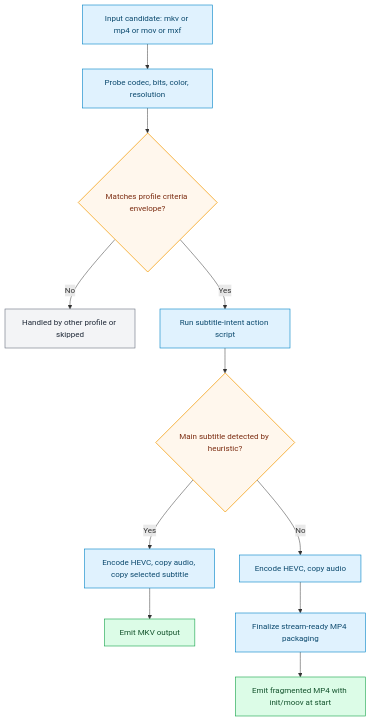
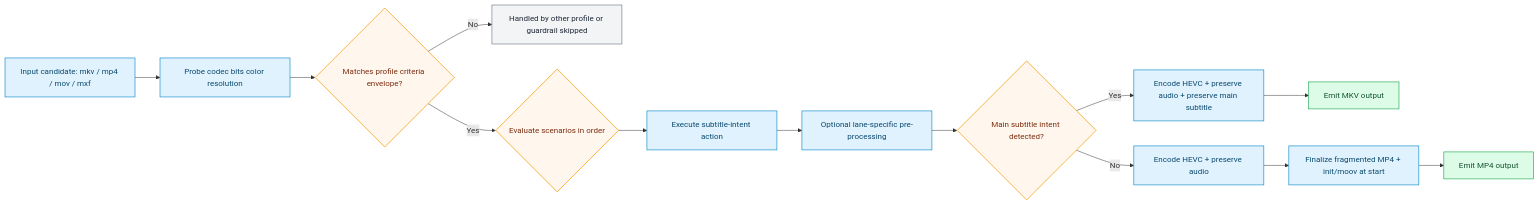
One commit to CraigWatt/vfo changed the diagram in platform/docs-site/docs/profiles/generated/netflixy-preserve-audio-main-subtitle-intent-1080p.md. Above: the diagram before and after it, drawn with Mermaid. The commit also changed 23 other files, not shown here.

Commit message:
docs(ci): improve profile flows and add packages/deployments lanes

````diff
--- a/platform/docs-site/docs/profiles/generated/netflixy-preserve-audio-main-subtitle-intent-1080p.md
+++ b/platform/docs-site/docs/profiles/generated/netflixy-preserve-audio-main-subtitle-intent-1080p.md
@@ -75,18 +75,20 @@
 ```mermaid
-flowchart TD
+flowchart LR
   classDef gate fill:#fff7ed,stroke:#f59e0b,color:#7c2d12,stroke-width:1.5px;
   classDef stage fill:#e0f2fe,stroke:#0284c7,color:#0c4a6e,stroke-width:1.2px;
   classDef output fill:#dcfce7,stroke:#16a34a,color:#14532d,stroke-width:1.2px;
   classDef skip fill:#f3f4f6,stroke:#6b7280,color:#1f2937,stroke-width:1.2px;
 
-  A[Input candidate: mkv or mp4 or mov or mxf]:::stage --> B[Probe codec, bits, color, resolution]:::stage
+  A[Input candidate: mkv / mp4 / mov / mxf]:::stage --> B[Probe codec bits color resolution]:::stage
   B --> C{Matches profile criteria envelope?}:::gate
-  C -->|No| Z[Handled by other profile or skipped]:::skip
-  C -->|Yes| D[Run subtitle-intent action script]:::stage
-  D --> E{Main subtitle detected by heuristic?}:::gate
-  E -->|Yes| F[Encode HEVC, copy audio, copy selected subtitle]:::stage
-  F --> G[Emit MKV output]:::output
-  E -->|No| H[Encode HEVC, copy audio]:::stage
-  H --> I[Finalize stream-ready MP4 packaging]:::stage
-  I --> J[Emit fragmented MP4 with init/moov at start]:::output
+  C -->|No| Z[Handled by other profile or guardrail skipped]:::skip
+  C -->|Yes| D{Evaluate scenarios in order}:::gate
+  D --> E[Execute subtitle-intent action]:::stage
+  E --> P[Optional lane-specific pre-processing]:::stage
+  P --> F{Main subtitle intent detected?}:::gate
+  F -->|Yes| G[Encode HEVC + preserve audio + preserve main subtitle]:::stage
+  G --> H[Emit MKV output]:::output
+  F -->|No| I[Encode HEVC + preserve audio]:::stage
+  I --> J[Finalize fragmented MP4 + init/moov at start]:::stage
+  J --> K[Emit MP4 output]:::output
 ```
````
